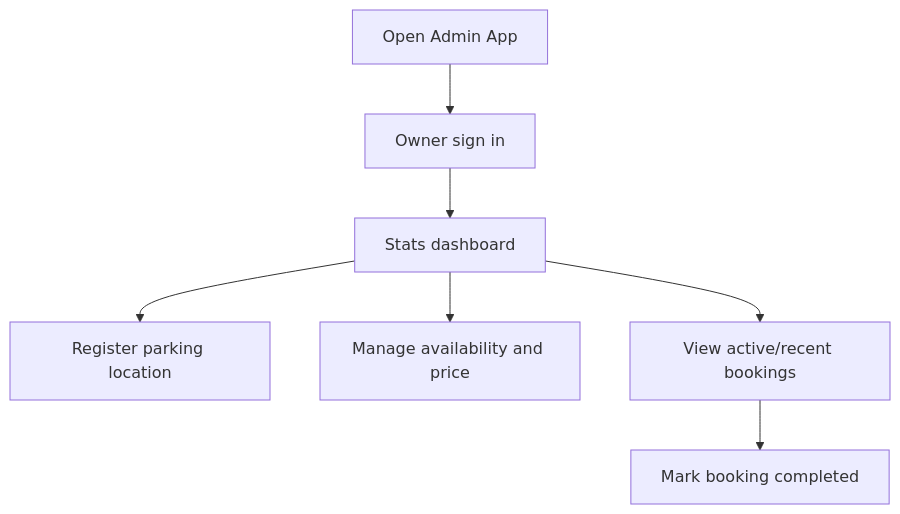
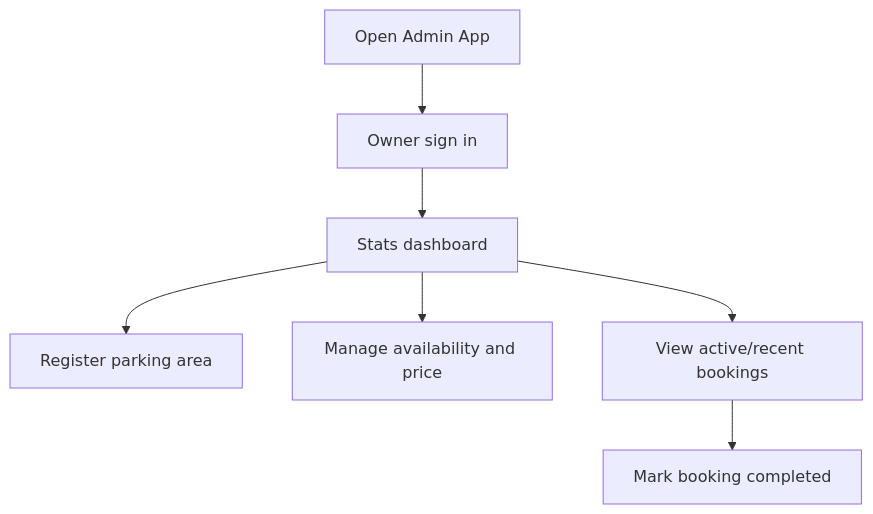
Before and after one commit to snehil-pandey/smart-parking-occupancy-system: the third of 11 diagrams in docs/ARCHITECTURE.md, drawn with Mermaid. The commit also changed other lines of this file and 5 other files, not shown here.

Commit message:
docs: update architecture, setup, schema, and QR docs

````diff
--- a/docs/ARCHITECTURE.md
+++ b/docs/ARCHITECTURE.md
@@ -33,9 +33,9 @@
 ```mermaid
 flowchart TD
   Start["Open Admin App"] --> Auth["Owner sign in"]
   Auth --> Dashboard["Stats dashboard"]
-  Dashboard --> Register["Register parking location"]
+  Dashboard --> Register["Register parking area"]
   Dashboard --> Availability["Manage availability and price"]
   Dashboard --> Bookings["View active/recent bookings"]
   Bookings --> Complete["Mark booking completed"]
 ```
````
